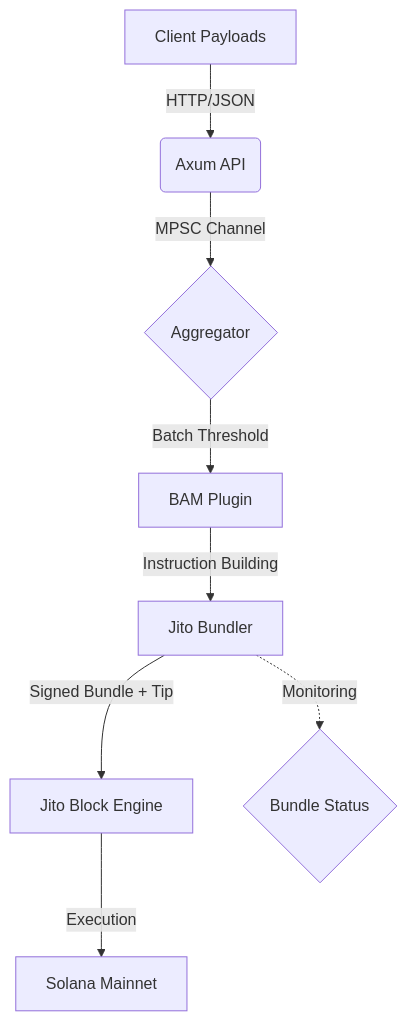
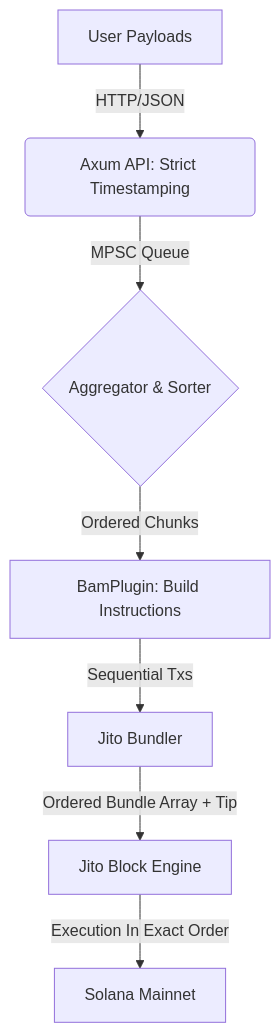
Before and after one commit to RYthaGOD/Jito-SIDECAR-template: the diagram in README.md, drawn with Mermaid. The commit also changed other lines of this file, not shown here.

Commit message:
docs: rewrite README to highlight FCFS architecture and generic plugins

````diff
--- a/README.md
+++ b/README.md
@@ -38,10 +38,9 @@
 ```mermaid
 graph TD
-    A[Client Payloads] -->|HTTP/JSON| B(Axum API)
-    B -->|MPSC Channel| C{Aggregator}
-    C -->|Batch Threshold| D[BAM Plugin]
-    D -->|Instruction Building| E[Jito Bundler]
-    E -->|Signed Bundle + Tip| F[Jito Block Engine]
-    F -->|Execution| G[Solana Mainnet]
-    E -.->|Monitoring| H{Bundle Status}
+    A[User Payloads] -->|HTTP/JSON| B(Axum API: Strict Timestamping)
+    B -->|MPSC Queue| C{Aggregator & Sorter}
+    C -->|Ordered Chunks| D[BamPlugin: Build Instructions]
+    D -->|Sequential Txs| E[Jito Bundler]
+    E -->|Ordered Bundle Array + Tip| F[Jito Block Engine]
+    F -->|Execution In Exact Order| G[Solana Mainnet]
 ```
````
